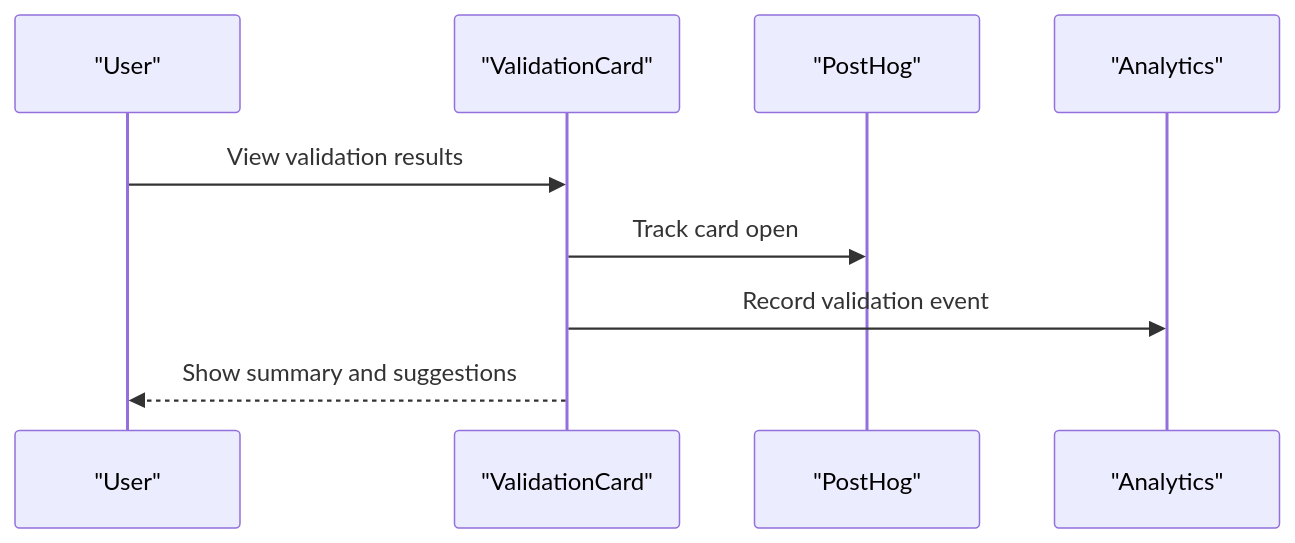
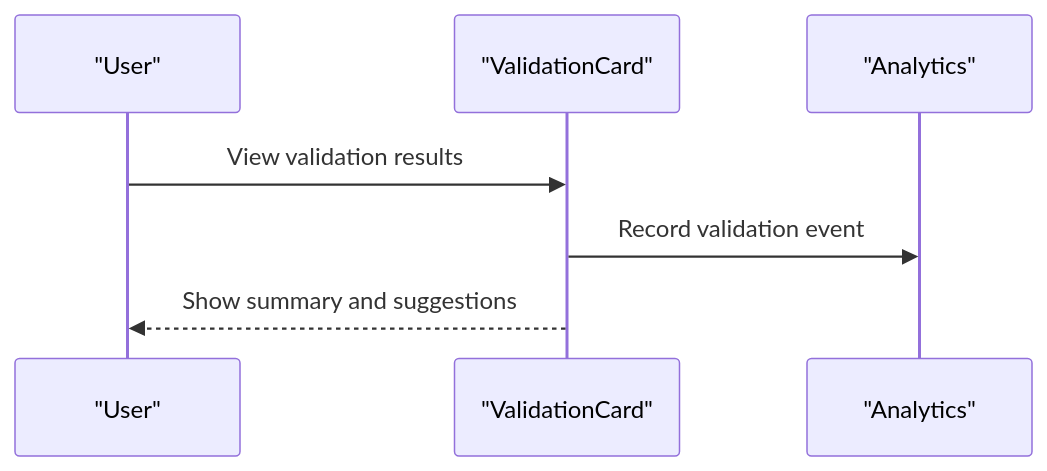
Before and after one commit to rohitkumarnaidu/ScholarFormAI: diagram 13 of 15 in .docs/content/Frontend Development/Component Architecture/Utility Components.md, drawn with Mermaid. The commit also changed other lines of this file and 9 other files, not shown here.

````diff
--- a/.docs/content/Frontend Development/Component Architecture/Utility Components.md
+++ b/.docs/content/Frontend Development/Component Architecture/Utility Components.md
@@ -521,11 +515,9 @@
 ```mermaid
 sequenceDiagram
 participant User as "User"
 participant Card as "ValidationCard"
-participant Util as "PostHog"
 participant Analytics as "Analytics"
 User->>Card : View validation results
-Card->>Util : Track card open
 Card->>Analytics : Record validation event
 Card-->>User : Show summary and suggestions
 ```
````
